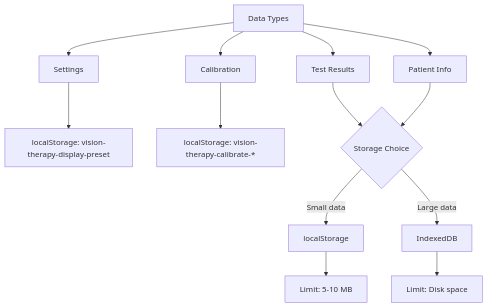
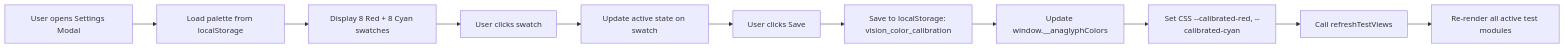
The second of 2 diagrams in PLAN.md (drthe92/vneyechart), drawn with Mermaid before and after one commit. The commit also changed other lines of this file and 12 other files, not shown here.

````diff
--- a/PLAN.md
+++ b/PLAN.md
@@ -624,18 +206,13 @@
 ```mermaid
-graph TD
-    A[Data Types] --> B[Settings]
-    A --> C[Calibration]
-    A --> D[Test Results]
-    A --> E[Patient Info]
-    
-    B --> F[localStorage: vision-therapy-display-preset]
-    C --> G[localStorage: vision-therapy-calibrate-*]
-    D --> H{Storage Choice}
-    E --> H
-    
-    H -->|Small data| I[localStorage]
-    H -->|Large data| J[IndexedDB]
-    
-    I --> K[Limit: 5-10 MB]
-    J --> L[Limit: Disk space]
+graph LR
+    A[User opens Settings Modal] --> B[Load palette from localStorage]
+    B --> C[Display 8 Red + 8 Cyan swatches]
+    C --> D[User clicks swatch]
+    D --> E[Update active state on swatch]
+    E --> F[User clicks Save]
+    F --> G[Save to localStorage: vision_color_calibration]
+    G --> H[Update window.__anaglyphColors]
+    H --> I[Set CSS --calibrated-red, --calibrated-cyan]
+    I --> J[Call refreshTestViews]
+    J --> K[Re-render all active test modules]
 ```
````
